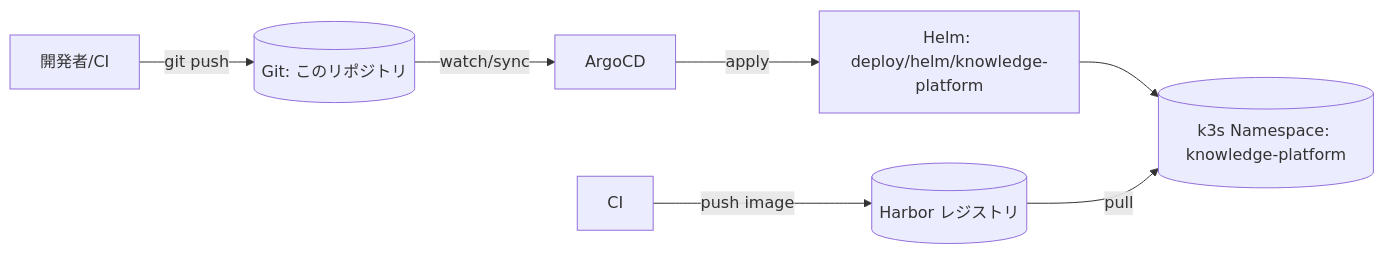
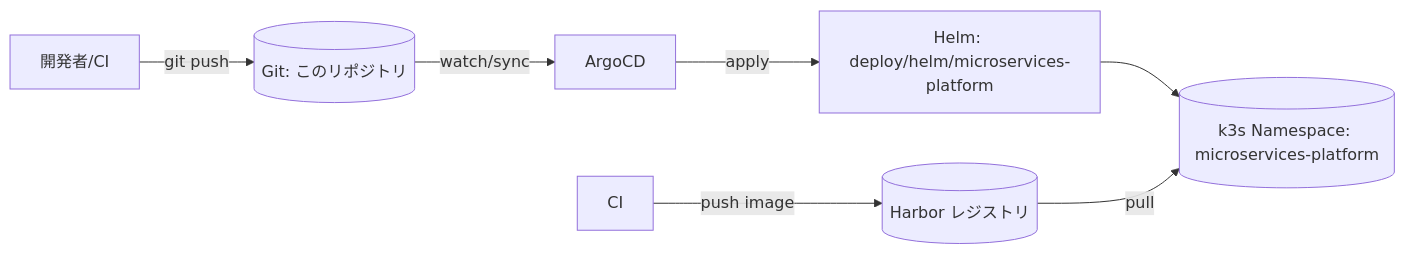
The diagram in docs/how-to/deployment.md (endazon/microservices-platform), drawn with Mermaid before and after one commit. The commit also changed other lines of this file and 85 other files, not shown here.

First line of the commit message:
refactor(FR-14,IADR-0061): デプロイ資産・realm・OTEL・OIDC を microservices-platform へ改名する

````diff
--- a/docs/how-to/deployment.md
+++ b/docs/how-to/deployment.md
@@ -41,9 +41,9 @@
 ```mermaid
 flowchart LR
   Dev[開発者/CI] -->|git push| Git[(Git: このリポジトリ)]
   Git -->|watch/sync| ArgoCD[ArgoCD]
-  ArgoCD -->|apply| Helm[Helm: deploy/helm/knowledge-platform]
-  Helm --> K3s[(k3s Namespace: knowledge-platform)]
+  ArgoCD -->|apply| Helm[Helm: deploy/helm/microservices-platform]
+  Helm --> K3s[(k3s Namespace: microservices-platform)]
   CI[CI] -->|push image| Harbor[(Harbor レジストリ)]
   Harbor -->|pull| K3s
 ```
````
